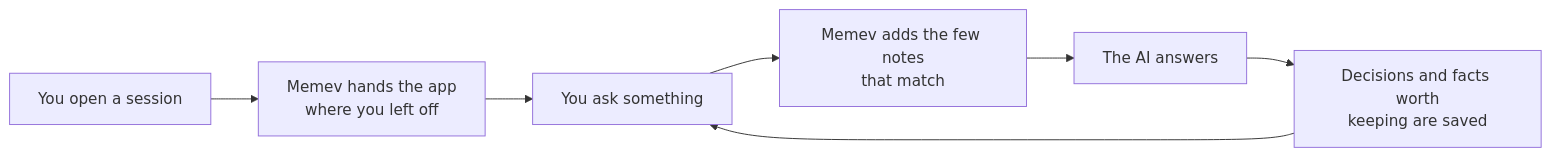
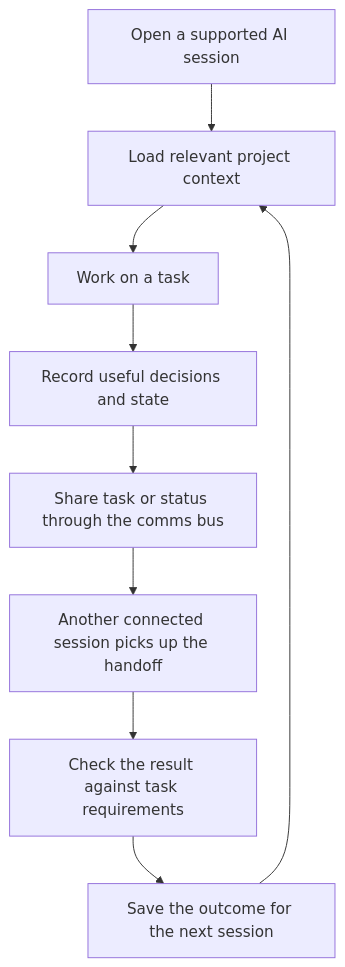
Before and after one commit to mgillr/memev: the second of 2 diagrams in README.md, drawn with Mermaid. The commit also changed other lines of this file, not shown here.

Commit message:
Refocus README on shared context and AI coordination

````diff
--- a/README.md
+++ b/README.md
@@ -61,9 +65,11 @@
 ```mermaid
-flowchart LR
-    a["You open a session"] --> b["Memev hands the app<br/>where you left off"]
-    b --> c["You ask something"]
-    c --> d["Memev adds the few notes<br/>that match"]
-    d --> e["The AI answers"]
-    e --> f["Decisions and facts worth<br/>keeping are saved"]
-    f --> c
+flowchart TD
+    a["Open a supported AI session"] --> b["Load relevant project context"]
+    b --> c["Work on a task"]
+    c --> d["Record useful decisions and state"]
+    d --> e["Share task or status through the comms bus"]
+    e --> f["Another connected session picks up the handoff"]
+    f --> g["Check the result against task requirements"]
+    g --> h["Save the outcome for the next session"]
+    h --> b
 ```
````
